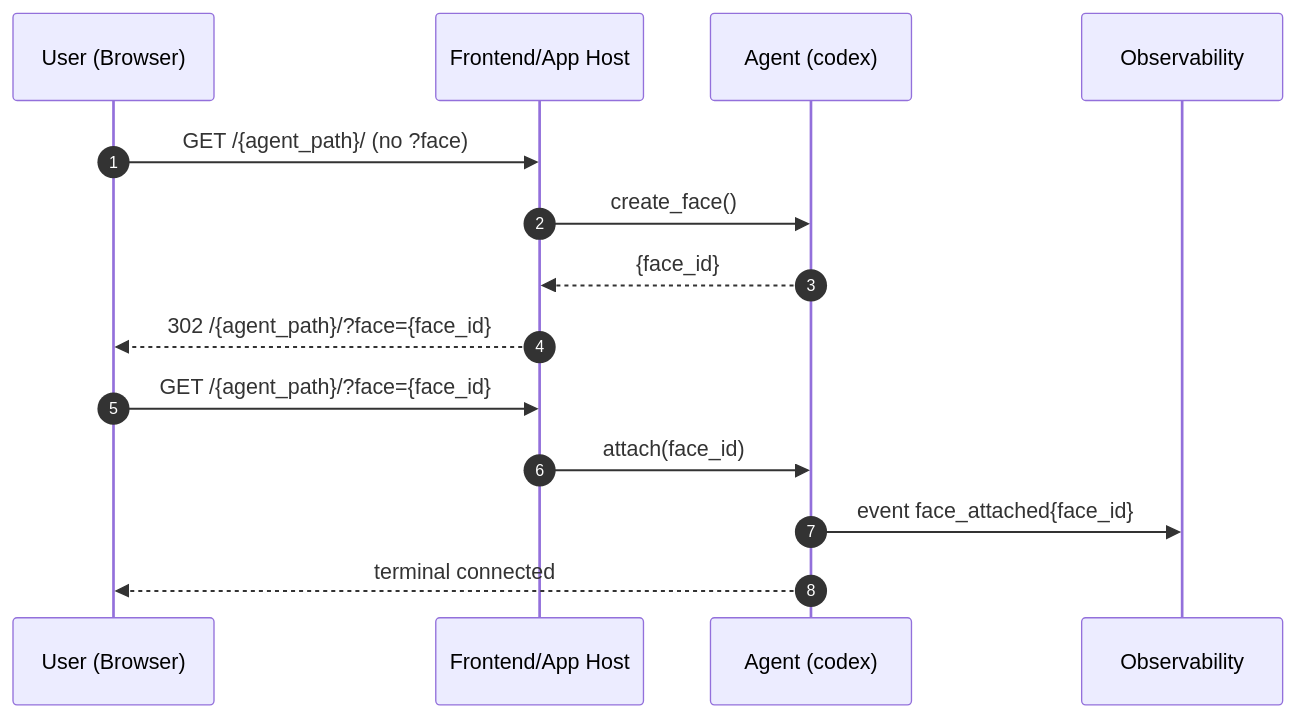
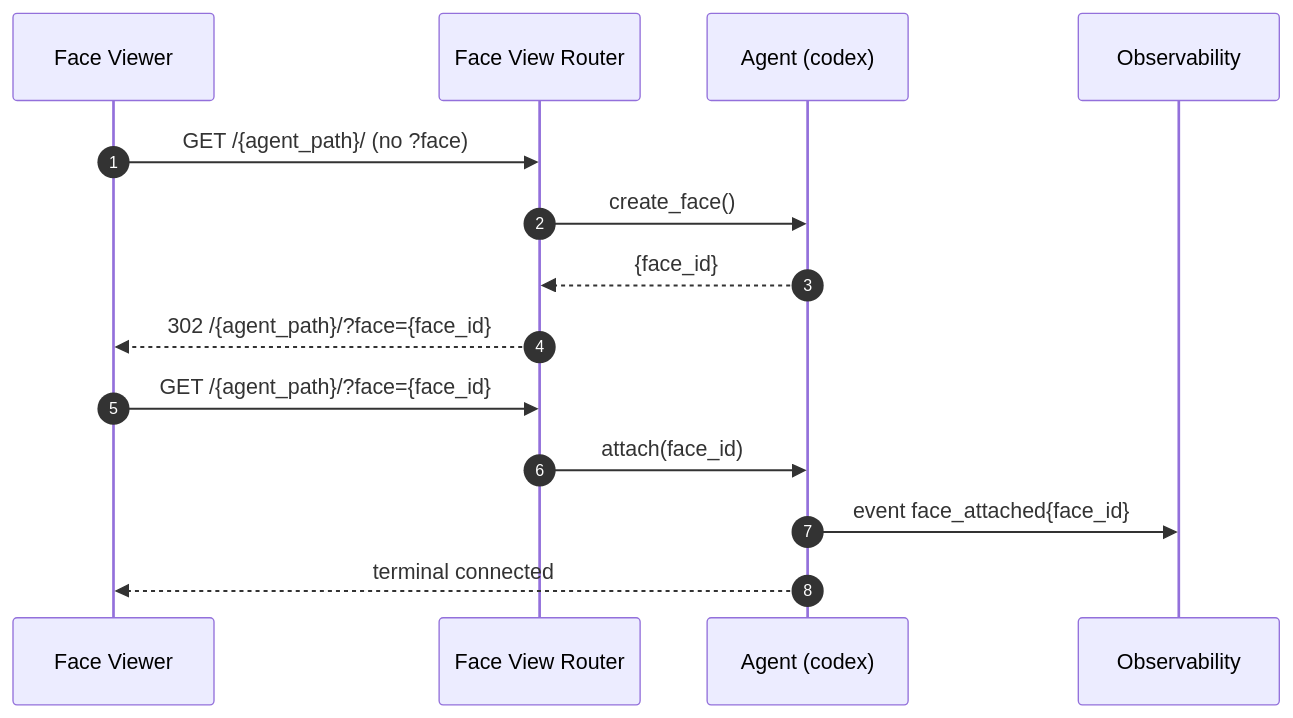
The fourth of 4 diagrams in design/docs/RUNTIME.md (dreamcatcher-tech/artifact-codex), drawn with Mermaid before and after one commit. The commit also changed other lines of this file and 17 other files, not shown here.

Commit message:
face router

````diff
--- a/design/docs/RUNTIME.md
+++ b/design/docs/RUNTIME.md
@@ -220,16 +303,16 @@
 ```mermaid
 sequenceDiagram
   autonumber
-  participant U as User (Browser)
-  participant F as Frontend/App Host
+  participant U as Face Viewer
+  participant FVR as Face View Router
   participant A as Agent (codex)
   participant O as Observability
-  U->>F: GET /{agent_path}/ (no ?face)
-  F->>A: create_face()
-  A-->>F: {face_id}
-  F-->>U: 302 /{agent_path}/?face={face_id}
-  U->>F: GET /{agent_path}/?face={face_id}
-  F->>A: attach(face_id)
+  U->>FVR: GET /{agent_path}/ (no ?face)
+  FVR->>A: create_face()
+  A-->>FVR: {face_id}
+  FVR-->>U: 302 /{agent_path}/?face={face_id}
+  U->>FVR: GET /{agent_path}/?face={face_id}
+  FVR->>A: attach(face_id)
   A->>O: event face_attached{face_id}
   A-->>U: terminal connected
 ```
````
